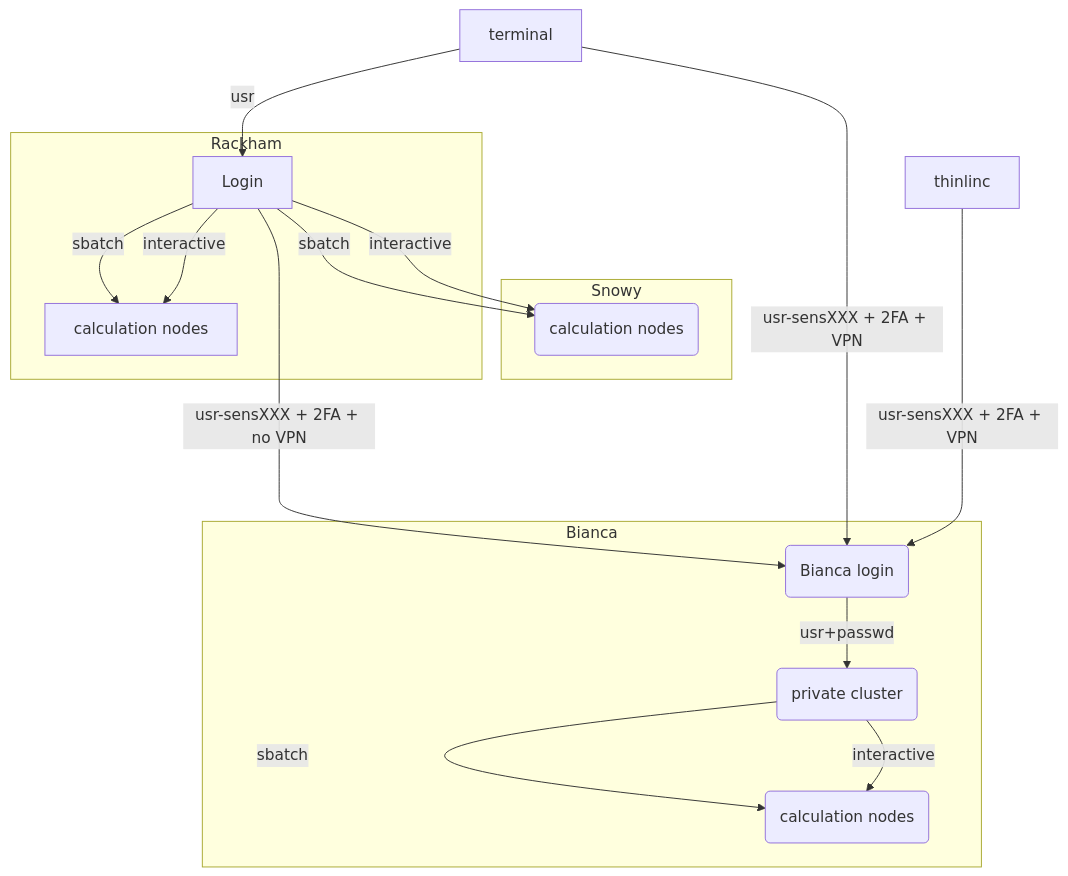
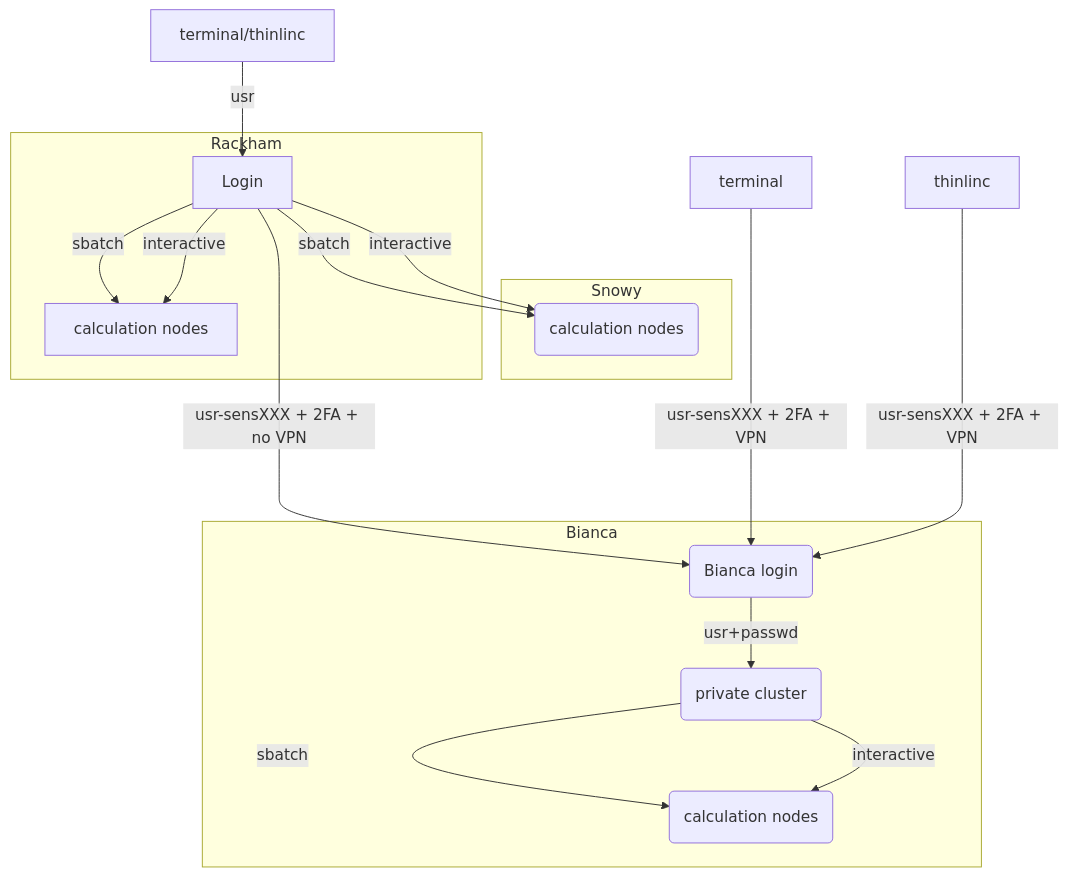
The diagram in docs/slurm-intro.md (UPPMAX/bianca_workshop), drawn with Mermaid before and after one commit.

````diff
--- a/docs/slurm-intro.md
+++ b/docs/slurm-intro.md
@@ -31,26 +31,26 @@
 ```mermaid
 
   graph TB
 
   Node1 -- interactive --> SubGraph2Flow
   Node1 -- sbatch --> SubGraph2Flow
   subgraph "Snowy"
   SubGraph2Flow(calculation nodes) 
         end
 
         thinlinc -- usr-sensXXX + 2FA + VPN ----> SubGraph1Flow
-        terminal -- usr --> Node1
+        terminal/thinlinc -- usr --> Node1
         terminal -- usr-sensXXX + 2FA + VPN ----> SubGraph1Flow
         Node1 -- usr-sensXXX + 2FA + no VPN ----> SubGraph1Flow
         
         subgraph "Bianca"
         SubGraph1Flow(Bianca login) -- usr+passwd --> private(private cluster)
         private -- interactive --> calcB(calculation nodes)
         private -- sbatch --> calcB
         end
 
         subgraph "Rackham"
         Node1[Login] -- interactive --> Node2[calculation nodes]
         Node1 -- sbatch --> Node2
         end
 ```
````
